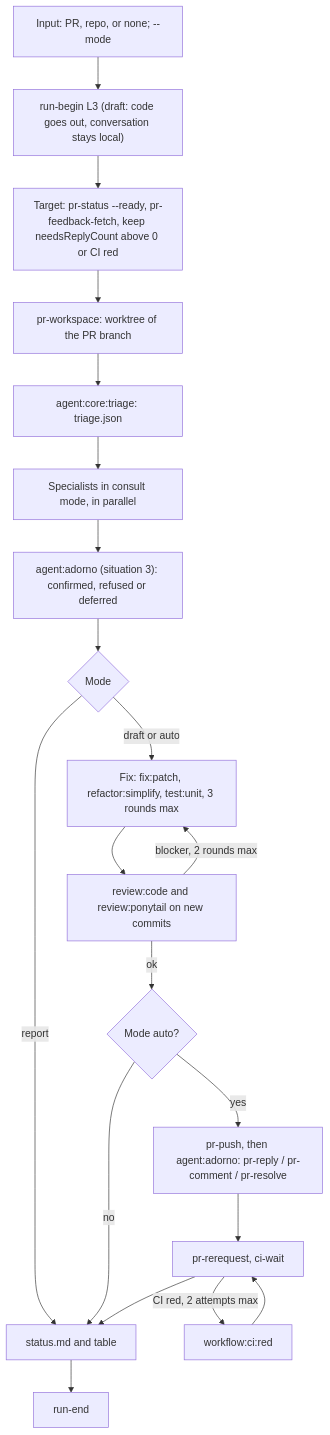
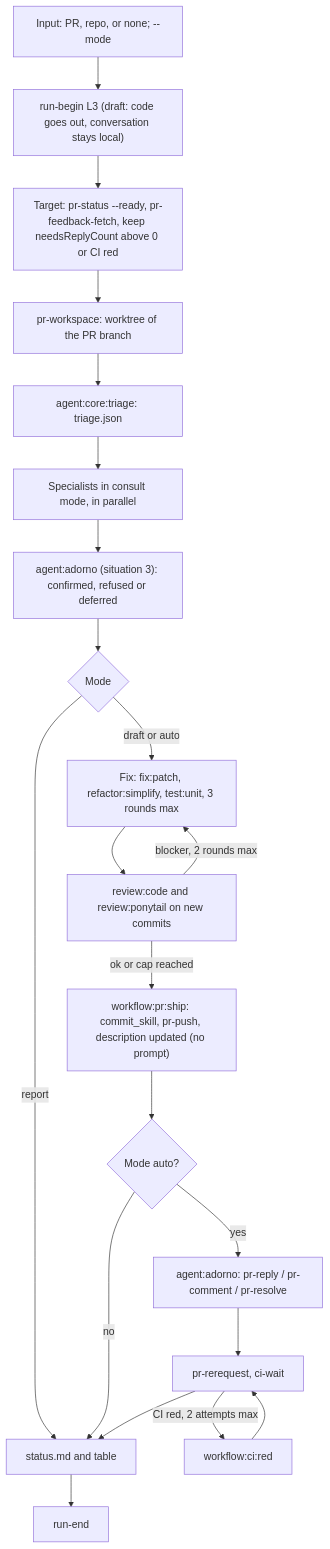
One commit to nicolasmondain/adorno changed the first of 2 diagrams in src/workflows/review/SCHEMA.md. Above: the diagram before and after it, drawn with Mermaid. The commit also changed 77 other files, not shown here.

First line of the commit message:
feat(workflows): end every code-touching workflow with workflow:pr:ship

````diff
--- a/src/workflows/review/SCHEMA.md
+++ b/src/workflows/review/SCHEMA.md
@@ -5,22 +5,23 @@
 ```mermaid
 flowchart TD
   A["Input: PR, repo, or none; --mode"] --> B["run-begin L3 (draft: code goes out, conversation stays local)"]
   B --> C["Target: pr-status --ready, pr-feedback-fetch, keep needsReplyCount above 0 or CI red"]
   C --> D["pr-workspace: worktree of the PR branch"]
   D --> E["agent:core:triage: triage.json"]
   E --> F["Specialists in consult mode, in parallel"]
   F --> G["agent:adorno (situation 3): confirmed, refused or deferred"]
   G --> H{"Mode"}
   H -->|"report"| N["status.md and table"]
   H -->|"draft or auto"| I["Fix: fix:patch, refactor:simplify, test:unit, 3 rounds max"]
   I --> J["review:code and review:ponytail on new commits"]
   J -->|"blocker, 2 rounds max"| I
-  J -->|"ok"| K{"Mode auto?"}
+  J -->|"ok or cap reached"| SH["workflow:pr:ship: commit_skill, pr-push, description updated (no prompt)"]
+  SH --> K{"Mode auto?"}
   K -->|"no"| N
-  K -->|"yes"| L["pr-push, then agent:adorno: pr-reply / pr-comment / pr-resolve"]
+  K -->|"yes"| L["agent:adorno: pr-reply / pr-comment / pr-resolve"]
   L --> M["pr-rerequest, ci-wait"]
   M -->|"CI red, 2 attempts max"| R["workflow:ci:red"]
   R --> M
   M --> N
   N --> O["run-end"]
 ```
````
